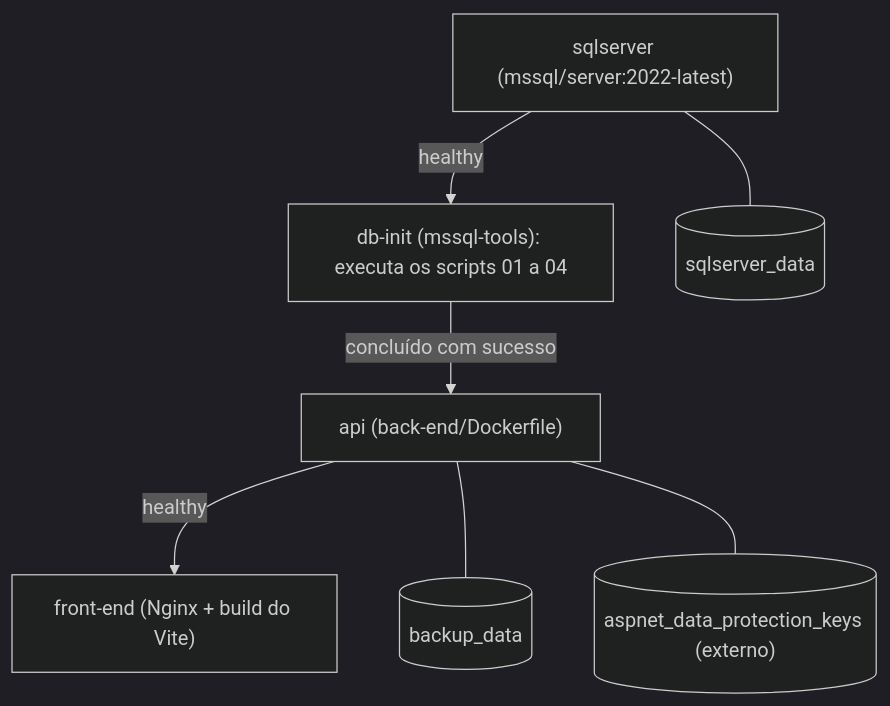
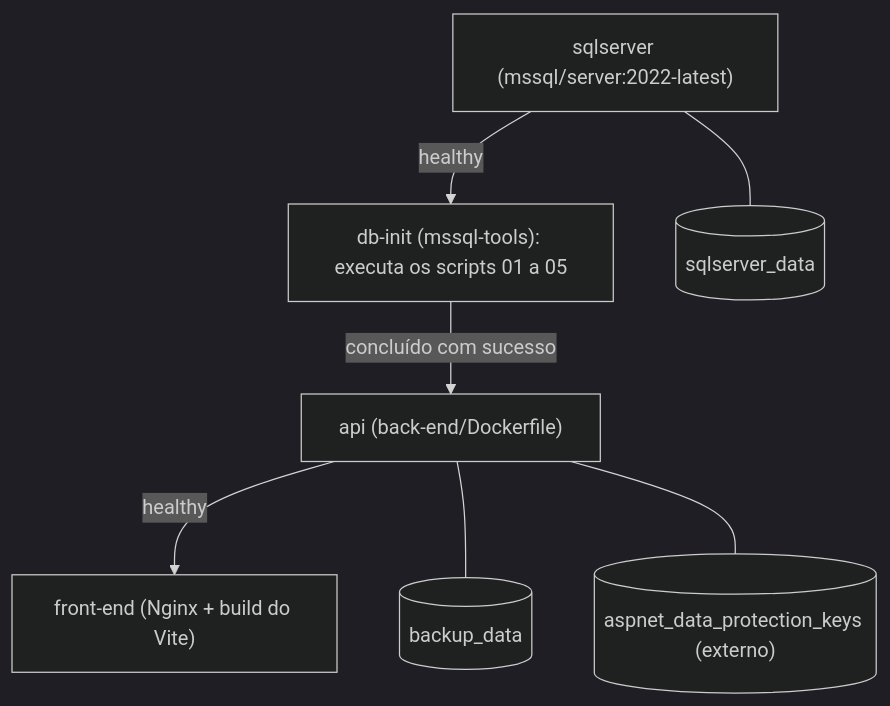
Before and after one commit to derickG0mes/systemic-pim: the second of 5 diagrams in docs/ARQUITETURA.md, drawn with Mermaid (dark theme). The commit also changed other lines of this file and 10 other files, not shown here.

````diff
--- a/docs/ARQUITETURA.md
+++ b/docs/ARQUITETURA.md
@@ -48,13 +51,13 @@
 ```mermaid
 flowchart TB
     sqlserver["sqlserver (mssql/server:2022-latest)"]
-    dbinit["db-init (mssql-tools): executa os scripts 01 a 04"]
+    dbinit["db-init (mssql-tools): executa os scripts 01 a 05"]
     api["api (back-end/Dockerfile)"]
     front["front-end (Nginx + build do Vite)"]
     sqlserver -- "healthy" --> dbinit
     dbinit -- "concluído com sucesso" --> api
     api -- "healthy" --> front
     sqlserver --- v1[("sqlserver_data")]
     api --- v2[("backup_data")]
     api --- v3[("aspnet_data_protection_keys (externo)")]
 ```
````
